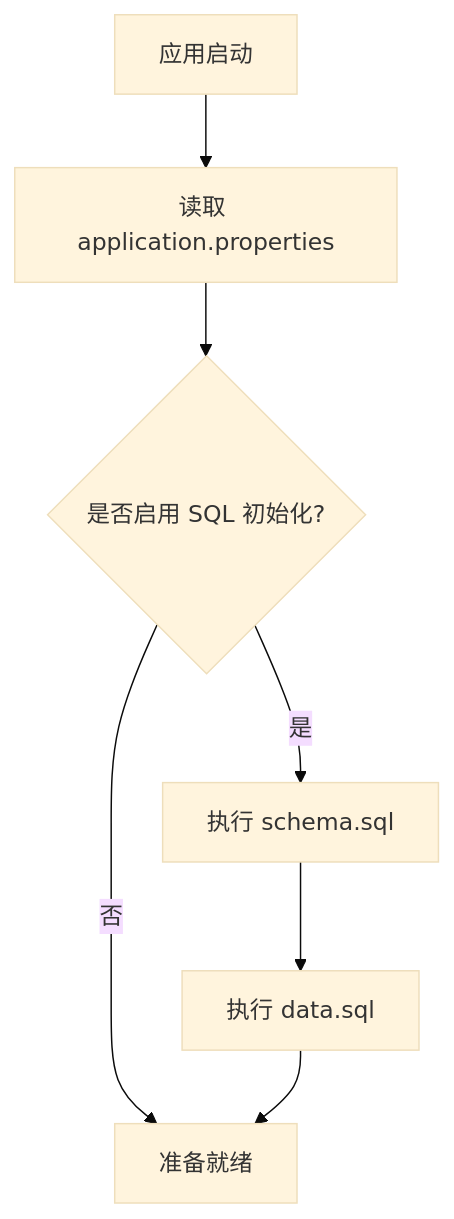
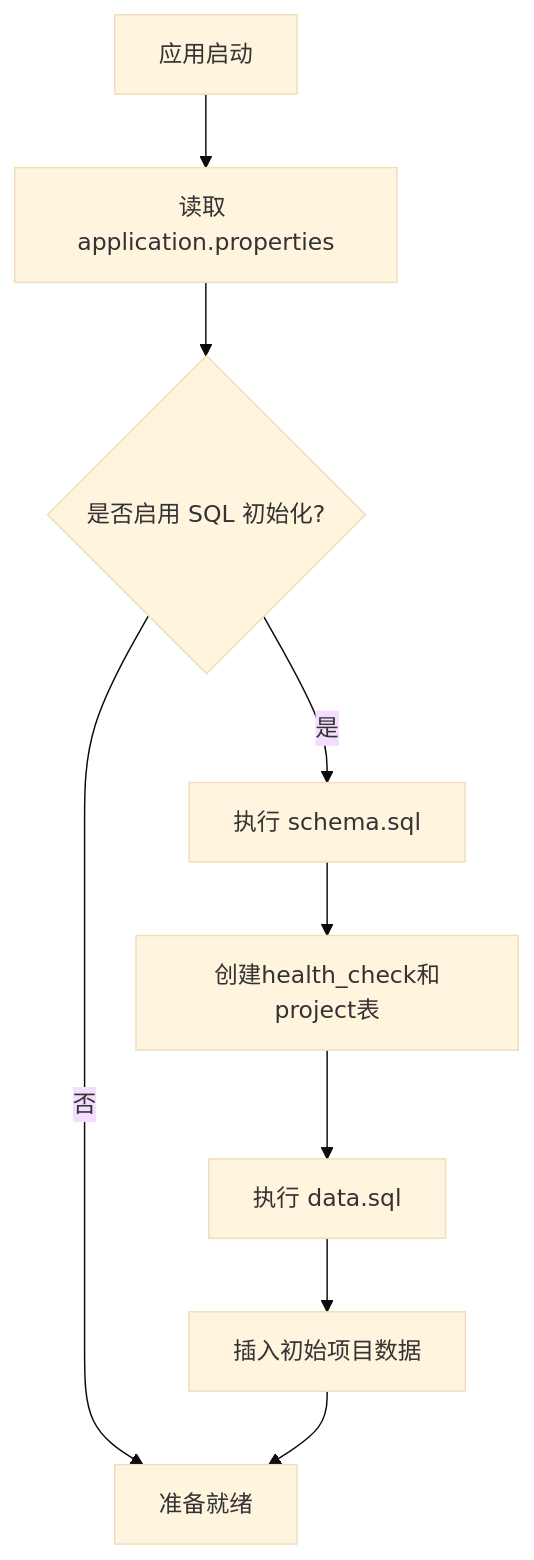
One commit to zhou9832/test1-qoder changed the eighth of 10 diagrams in .qoder/repowiki/zh/content/后端架构/后端架构.md. Above: the diagram before and after it, drawn with Mermaid (base theme). The commit also changed other lines of this file and 48 other files, not shown here.

````diff
--- a/.qoder/repowiki/zh/content/后端架构/后端架构.md
+++ b/.qoder/repowiki/zh/content/后端架构/后端架构.md
@@ -164,9 +308,11 @@
 ```mermaid
 flowchart TD
 InitStart["应用启动"] --> LoadProps["读取 application.properties"]
 LoadProps --> InitMode{"是否启用 SQL 初始化?"}
 InitMode --> |是| ExecSchema["执行 schema.sql"]
-ExecSchema --> ExecData["执行 data.sql"]
+ExecSchema --> CreateTables["创建health_check和project表"]
+CreateTables --> ExecData["执行 data.sql"]
+ExecData --> InsertData["插入初始项目数据"]
 InitMode --> |否| Ready["准备就绪"]
-ExecData --> Ready
+InsertData --> Ready
 ```
````
